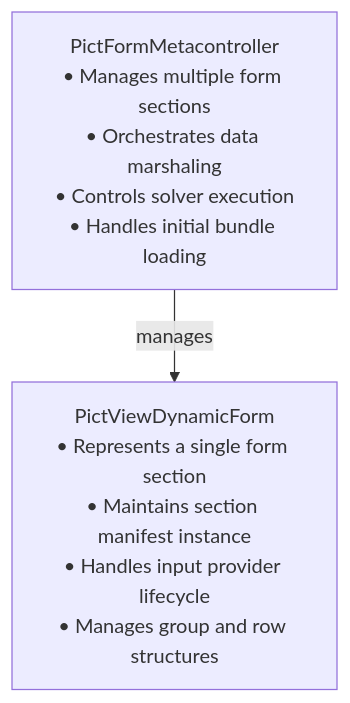
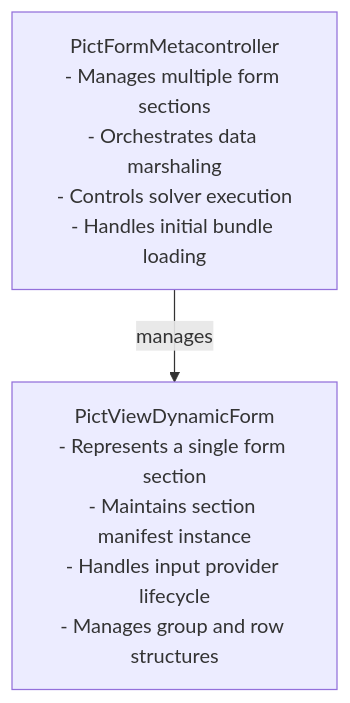
The first of 2 diagrams in docs/Pict_Section_Form_Architecture.md (stevenvelozo/pict-section-form), drawn with Mermaid before and after one commit. The commit also changed other lines of this file and 16 other files, not shown here.

````diff
--- a/docs/Pict_Section_Form_Architecture.md
+++ b/docs/Pict_Section_Form_Architecture.md
@@ -35,6 +35,6 @@
 ```mermaid
 flowchart TD
-    MC["PictFormMetacontroller<br/>• Manages multiple form sections<br/>• Orchestrates data marshaling<br/>• Controls solver execution<br/>• Handles initial bundle loading"]
-    DF["PictViewDynamicForm<br/>• Represents a single form section<br/>• Maintains section manifest instance<br/>• Handles input provider lifecycle<br/>• Manages group and row structures"]
+    MC["PictFormMetacontroller<br/>- Manages multiple form sections<br/>- Orchestrates data marshaling<br/>- Controls solver execution<br/>- Handles initial bundle loading"]
+    DF["PictViewDynamicForm<br/>- Represents a single form section<br/>- Maintains section manifest instance<br/>- Handles input provider lifecycle<br/>- Manages group and row structures"]
     MC -->|manages| DF
 ```
````
